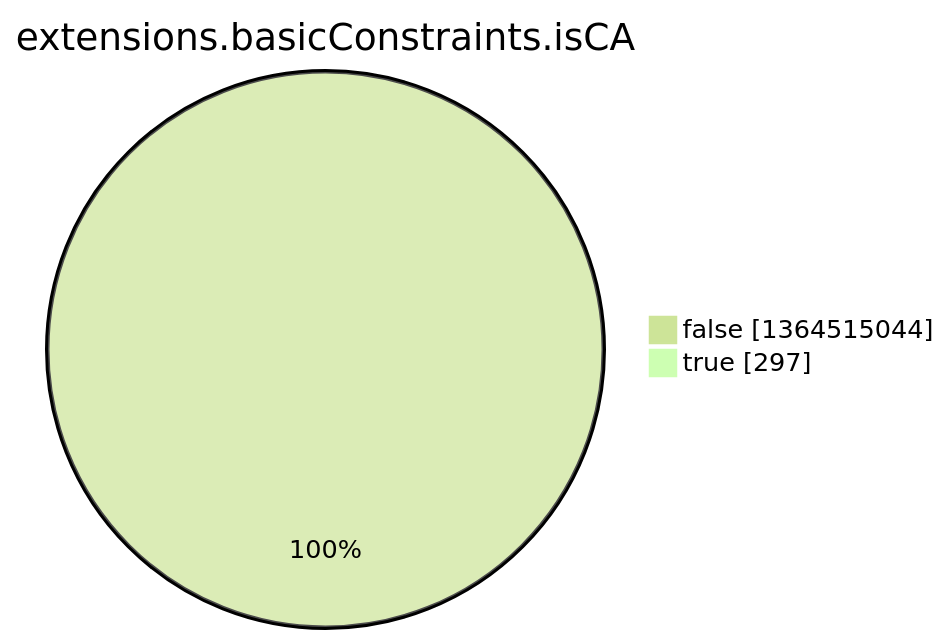
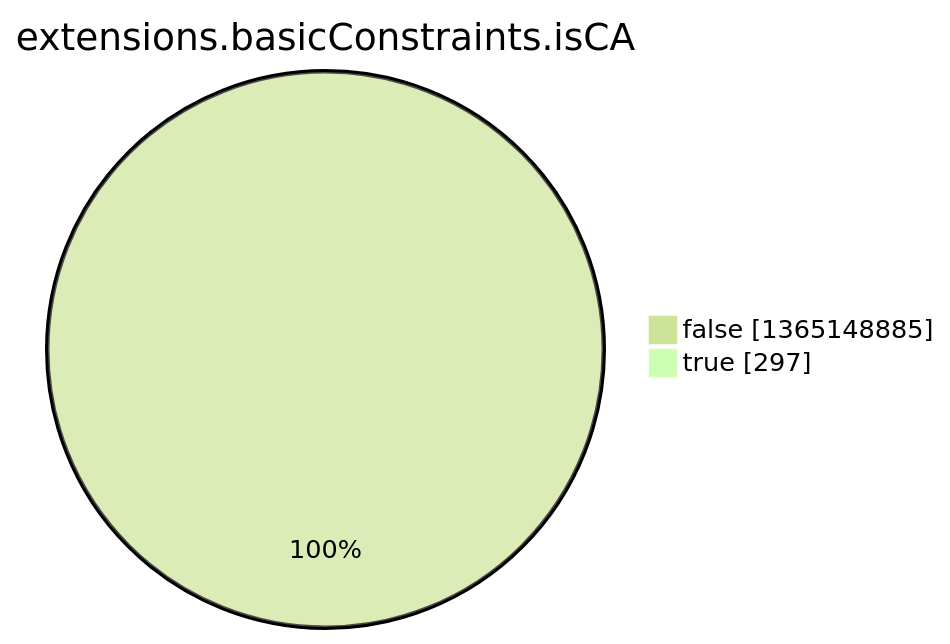
The eighth of 15 diagrams in argon2022/README.md (christiankrug/ctmonitor_visualization), drawn with Mermaid (forest theme) before and after one commit. The commit also changed other lines of this file, not shown here.

````diff
--- a/argon2022/README.md
+++ b/argon2022/README.md
@@ -2758,6 +2758,6 @@
 ```mermaid
 pie showData
 title extensions.basicConstraints.isCA
-"false" :1364515044
+"false" :1365148885
 "true" :297
 ```
````
